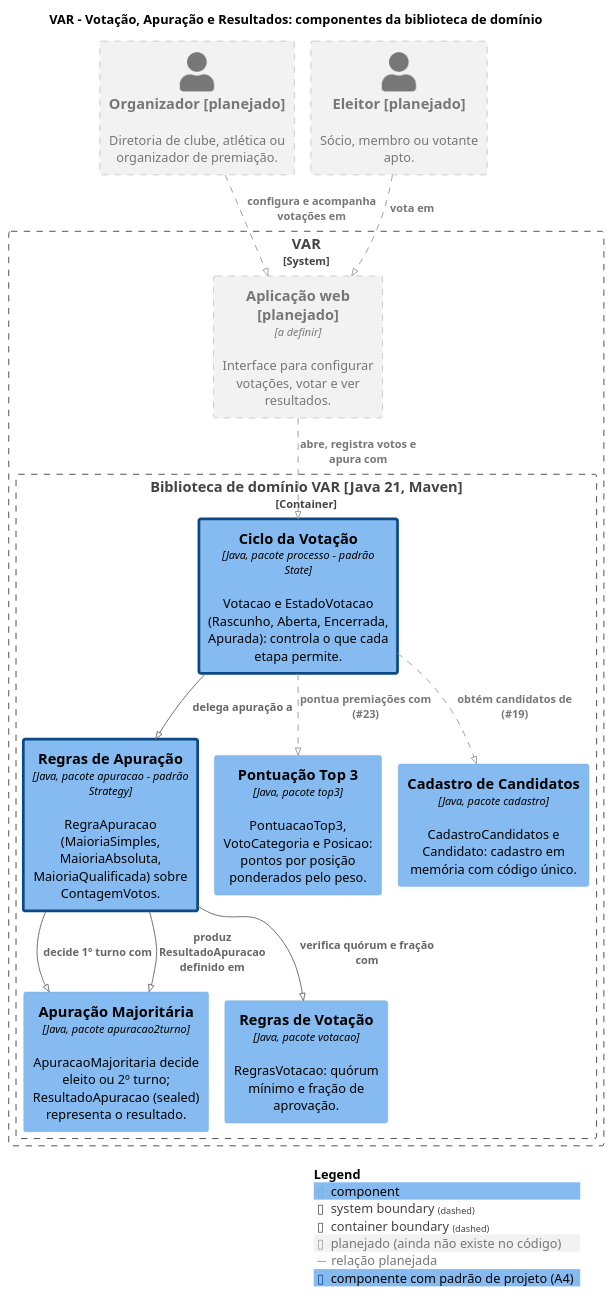
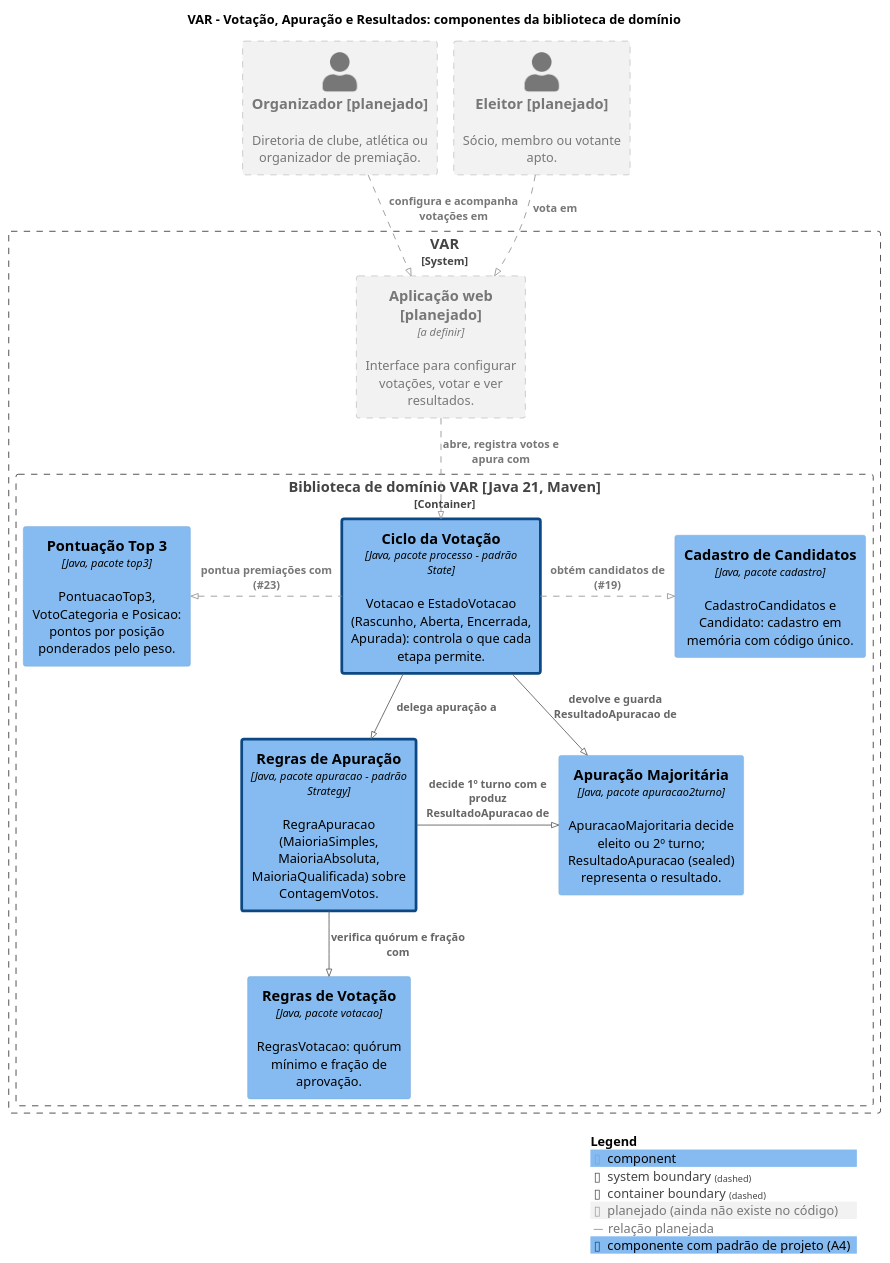
One commit to gabicoppo/var-votacao changed the diagram in docs/diagramas/c4-componentes.puml. Above: the diagram before and after it, drawn with PlantUML. The commit also changed 2 other files, not shown here.

Commit message:
docs: alinha diagrama e rastreabilidade com develop (#35)

```diff
--- a/docs/diagramas/c4-componentes.puml
+++ b/docs/diagramas/c4-componentes.puml
@@ -1,45 +1,46 @@
 @startuml c4-componentes
 ' Diagrama C4 nivel 3 (componentes) do VAR.
 ' Gerar a imagem (nao precisa de Graphviz, usa o layout interno smetana):
 '   java -jar plantuml.jar -tpng docs/diagramas/c4-componentes.puml
 !pragma layout smetana
 !include https://raw.githubusercontent.com/plantuml-stdlib/C4-PlantUML/master/C4_Component.puml
 
 LAYOUT_TOP_DOWN()
 
 AddElementTag("planejado", $fontColor="#777777", $borderColor="#999999", $bgColor="#F2F2F2", $borderStyle=DashedLine(), $legendText="planejado (ainda não existe no código)")
 AddRelTag("planejado", $textColor="#777777", $lineColor="#999999", $lineStyle=DashedLine(), $legendText="relação planejada")
 AddElementTag("padrao", $bgColor="#85BBF0", $fontColor="#000000", $borderColor="#0B4884", $borderThickness=3, $legendText="componente com padrão de projeto (A4)")
 
 title VAR – Votação, Apuração e Resultados: componentes da biblioteca de domínio
 
 Person(organizador, "Organizador [planejado]", "Diretoria de clube, atlética ou organizador de premiação.", $tags="planejado")
 Person(eleitor, "Eleitor [planejado]", "Sócio, membro ou votante apto.", $tags="planejado")
 
 System_Boundary(var, "VAR") {
     Container(web, "Aplicação web [planejado]", "a definir", "Interface para configurar votações, votar e ver resultados.", $tags="planejado")
 
     Container_Boundary(lib, "Biblioteca de domínio VAR [Java 21, Maven]") {
         Component(processo, "Ciclo da Votação", "Java, pacote processo – padrão State", "Votacao e EstadoVotacao (Rascunho, Aberta, Encerrada, Apurada): controla o que cada etapa permite.", $tags="padrao")
         Component(apuracao, "Regras de Apuração", "Java, pacote apuracao – padrão Strategy", "RegraApuracao (MaioriaSimples, MaioriaAbsoluta, MaioriaQualificada) sobre ContagemVotos.", $tags="padrao")
         Component(apur2, "Apuração Majoritária", "Java, pacote apuracao2turno", "ApuracaoMajoritaria decide eleito ou 2º turno; ResultadoApuracao (sealed) representa o resultado.")
         Component(votacao, "Regras de Votação", "Java, pacote votacao", "RegrasVotacao: quórum mínimo e fração de aprovação.")
         Component(top3, "Pontuação Top 3", "Java, pacote top3", "PontuacaoTop3, VotoCategoria e Posicao: pontos por posição ponderados pelo peso.")
         Component(cadastro, "Cadastro de Candidatos", "Java, pacote cadastro", "CadastroCandidatos e Candidato: cadastro em memória com código único.")
     }
 }
 
-Rel(organizador, web, "configura e acompanha votações em", $tags="planejado")
-Rel(eleitor, web, "vota em", $tags="planejado")
-Rel(web, processo, "abre, registra votos e apura com", $tags="planejado")
+' Direcoes explicitas (_D, _R, _L) para manter as setas retas e sem cruzamentos.
+Rel_D(organizador, web, "configura e acompanha votações em", $tags="planejado")
+Rel_D(eleitor, web, "vota em", $tags="planejado")
+Rel_D(web, processo, "abre, registra votos e apura com", $tags="planejado")
 
-Rel(processo, apuracao, "delega apuração a")
-Rel(apuracao, apur2, "decide 1º turno com")
-Rel(apuracao, votacao, "verifica quórum e fração com")
-Rel(apuracao, apur2, "produz ResultadoApuracao definido em")
+Rel_L(processo, top3, "pontua premiações com (#23)", $tags="planejado")
+Rel_R(processo, cadastro, "obtém candidatos de (#19)", $tags="planejado")
 
-Rel(processo, cadastro, "obtém candidatos de (#19)", $tags="planejado")
-Rel(processo, top3, "pontua premiações com (#23)", $tags="planejado")
+Rel_D(processo, apuracao, "delega apuração a")
+Rel_D(processo, apur2, "devolve e guarda ResultadoApuracao de")
+Rel_R(apuracao, apur2, "decide 1º turno com e produz ResultadoApuracao de")
+Rel_D(apuracao, votacao, "verifica quórum e fração com")
 
 SHOW_LEGEND()
 @enduml
```
